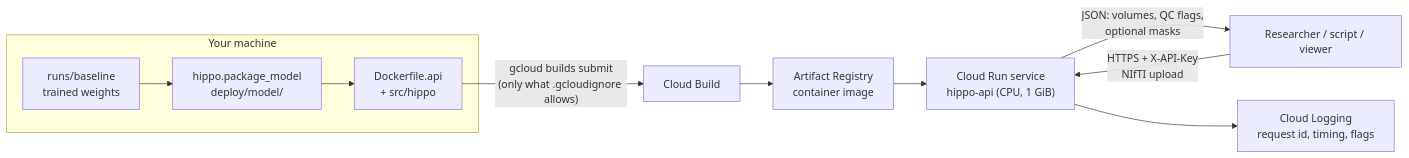
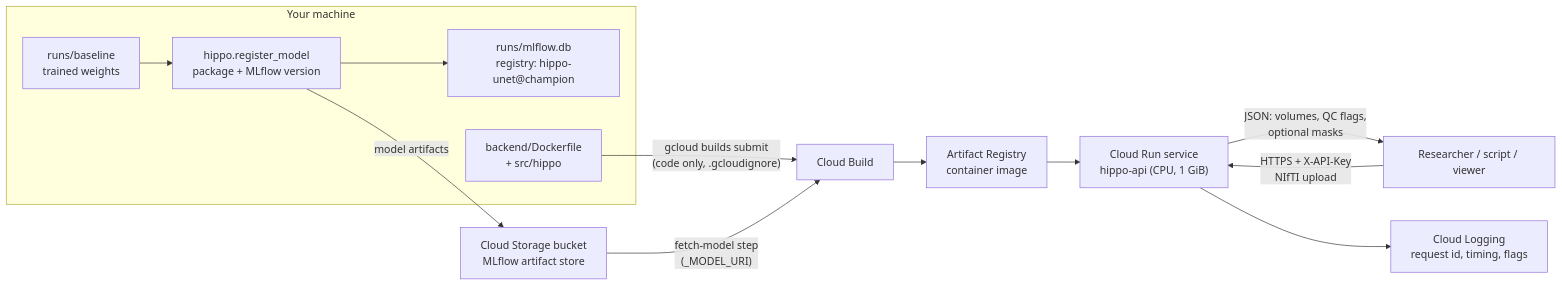
One commit to rupali-98/mri_3d changed the first of 3 diagrams in docs/deployment.md. Above: the diagram before and after it, drawn with Mermaid. The commit also changed other lines of this file and 62 other files, not shown here.

````diff
--- a/docs/deployment.md
+++ b/docs/deployment.md
@@ -12,13 +12,16 @@
 ```mermaid
 flowchart LR
     subgraph local["Your machine"]
-        runs["runs/baseline<br/>trained weights"] --> pkg["hippo.package_model<br/>deploy/model/"]
-        pkg --> src["Dockerfile.api<br/>+ src/hippo"]
+        runs["runs/baseline<br/>trained weights"] --> reg["hippo.register_model<br/>package + MLflow version"]
+        reg --> db["runs/mlflow.db<br/>registry: hippo-unet@champion"]
+        code["backend/Dockerfile<br/>+ src/hippo"]
     end
-    src -- "gcloud builds submit<br/>(only what .gcloudignore allows)" --> cb["Cloud Build"]
+    reg -- "model artifacts" --> gcs["Cloud Storage bucket<br/>MLflow artifact store"]
+    code -- "gcloud builds submit<br/>(code only, .gcloudignore)" --> cb["Cloud Build"]
+    gcs -- "fetch-model step<br/>(_MODEL_URI)" --> cb
     cb --> ar["Artifact Registry<br/>container image"]
     ar --> run["Cloud Run service<br/>hippo-api (CPU, 1 GiB)"]
     user["Researcher / script / viewer"] -- "HTTPS + X-API-Key<br/>NIfTI upload" --> run
     run -- "JSON: volumes, QC flags,<br/>optional masks" --> user
     run --> logs["Cloud Logging<br/>request id, timing, flags"]
 ```
````
